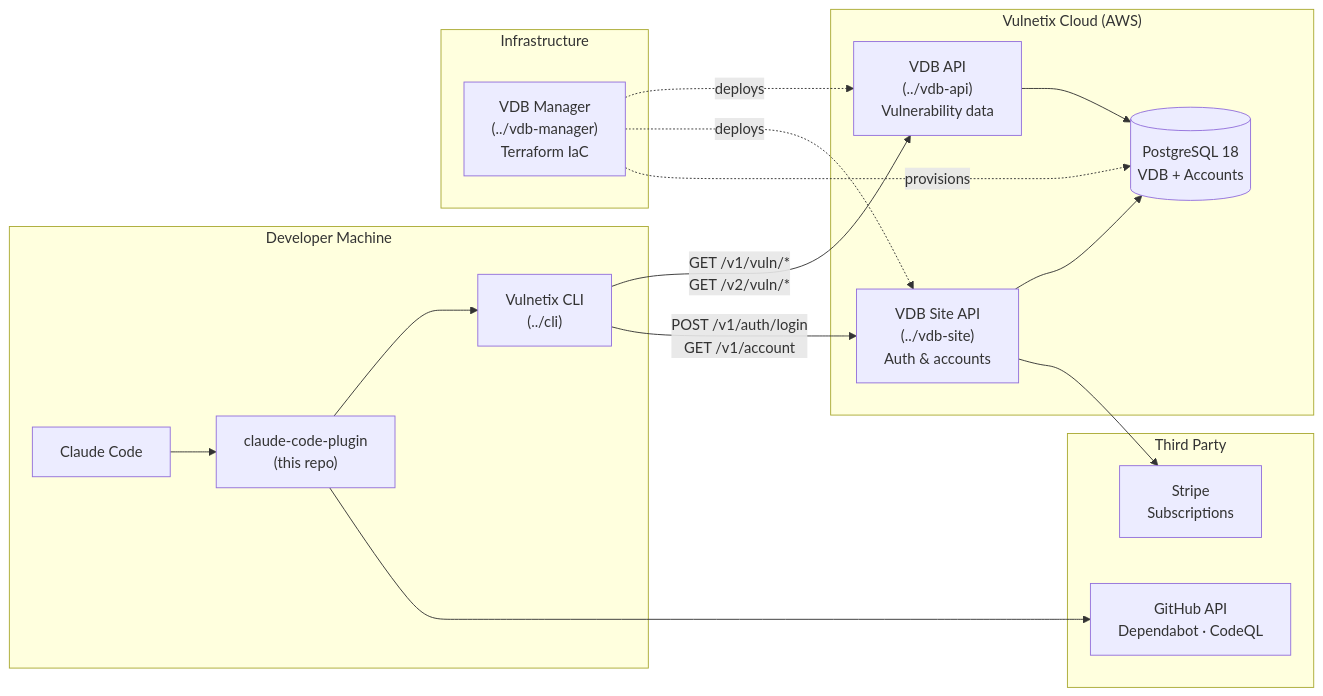
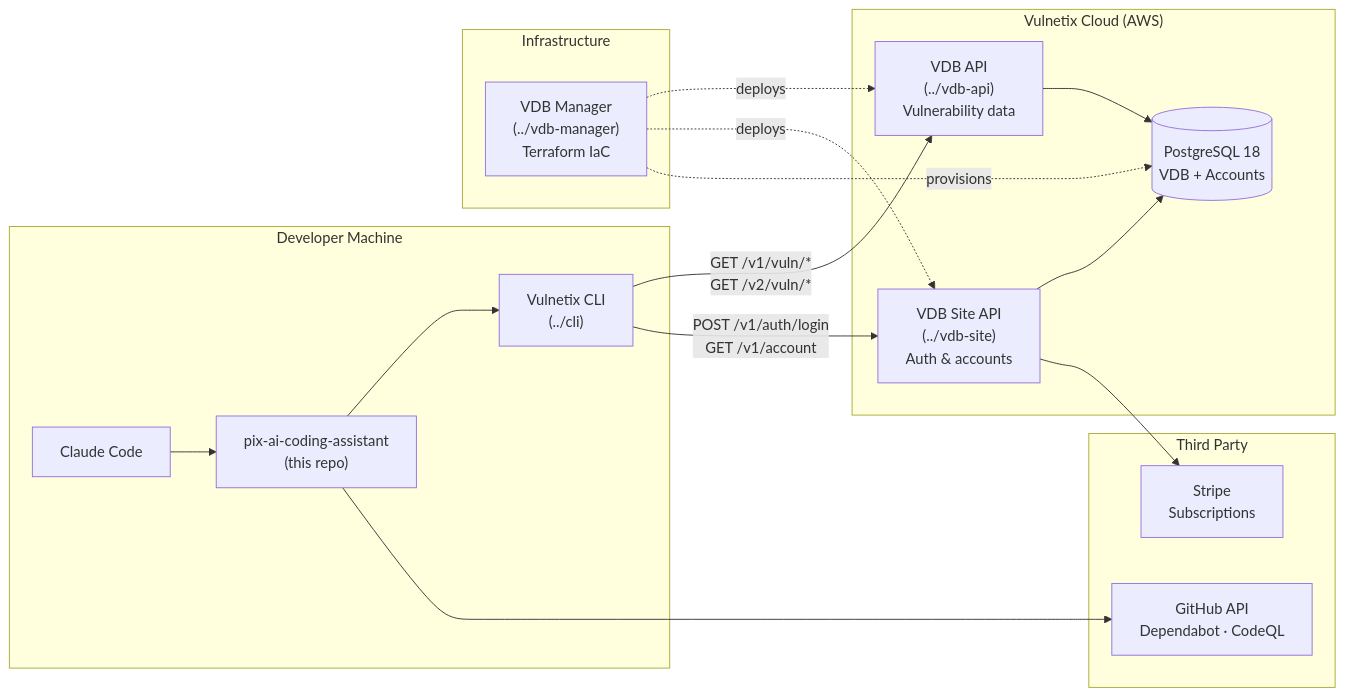
One commit to Vulnetix/claude-code-plugin changed the first of 3 diagrams in AGENTS.md. Above: the diagram before and after it, drawn with Mermaid. The commit also changed 52 other files, not shown here.

First line of the commit message:
refactor: rename repo to pix-ai-coding-assistant and migrate DNS to ai-docs.vulnetix.com

````diff
--- a/AGENTS.md
+++ b/AGENTS.md
@@ -9,36 +9,36 @@
 ```mermaid
 graph LR
     subgraph "Developer Machine"
         CC["Claude Code"]
-        PLG["claude-code-plugin<br/>(this repo)"]
+        PLG["pix-ai-coding-assistant<br/>(this repo)"]
         CLI["Vulnetix CLI<br/>(../cli)"]
         CC --> PLG
         PLG --> CLI
     end
 
     subgraph "Vulnetix Cloud (AWS)"
         API["VDB API<br/>(../vdb-api)<br/>Vulnerability data"]
         SITE["VDB Site API<br/>(../vdb-site)<br/>Auth & accounts"]
         DB[(PostgreSQL 18<br/>VDB + Accounts)]
         API --> DB
         SITE --> DB
     end
 
     subgraph "Infrastructure"
         MGR["VDB Manager<br/>(../vdb-manager)<br/>Terraform IaC"]
         MGR -.->|deploys| API
         MGR -.->|deploys| SITE
         MGR -.->|provisions| DB
     end
 
     CLI -->|"GET /v1/vuln/*<br/>GET /v2/vuln/*"| API
     CLI -->|"POST /v1/auth/login<br/>GET /v1/account"| SITE
 
     subgraph "Third Party"
         GH["GitHub API<br/>Dependabot · CodeQL"]
         STRIPE["Stripe<br/>Subscriptions"]
     end
 
     PLG --> GH
     SITE --> STRIPE
 ```
````
